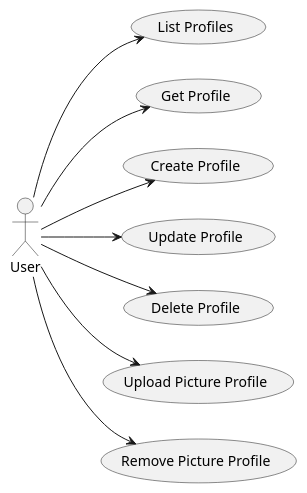
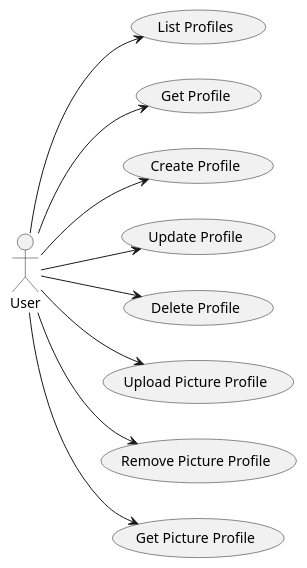
Before and after one commit to xiillii/ApiProfiles: the diagram in docs/usecases.wsd, drawn with PlantUML. The commit also changed 1 other file, not shown here.

Commit message:
Update Use Cases. Add a Get Picture Profile Case

```diff
--- a/docs/usecases.wsd
+++ b/docs/usecases.wsd
@@ -1,22 +1,24 @@
 @startuml use-cases
 
 left to right direction
 
 actor User as a1
 usecase "List Profiles" as uc1
 usecase "Get Profile" as uc2
 usecase "Create Profile" as uc3
 usecase "Update Profile" as uc4
 usecase "Delete Profile" as uc5
 usecase "Upload Picture Profile" as uc6
 usecase "Remove Picture Profile" as uc7
+usecase "Get Picture Profile" as uc8
 
 a1 --> uc1
 a1 --> uc2
 a1 --> uc3
 a1 --> uc4
 a1 --> uc5
 a1 --> uc6
 a1 --> uc7
+a1 --> uc8
 
 @enduml
```
